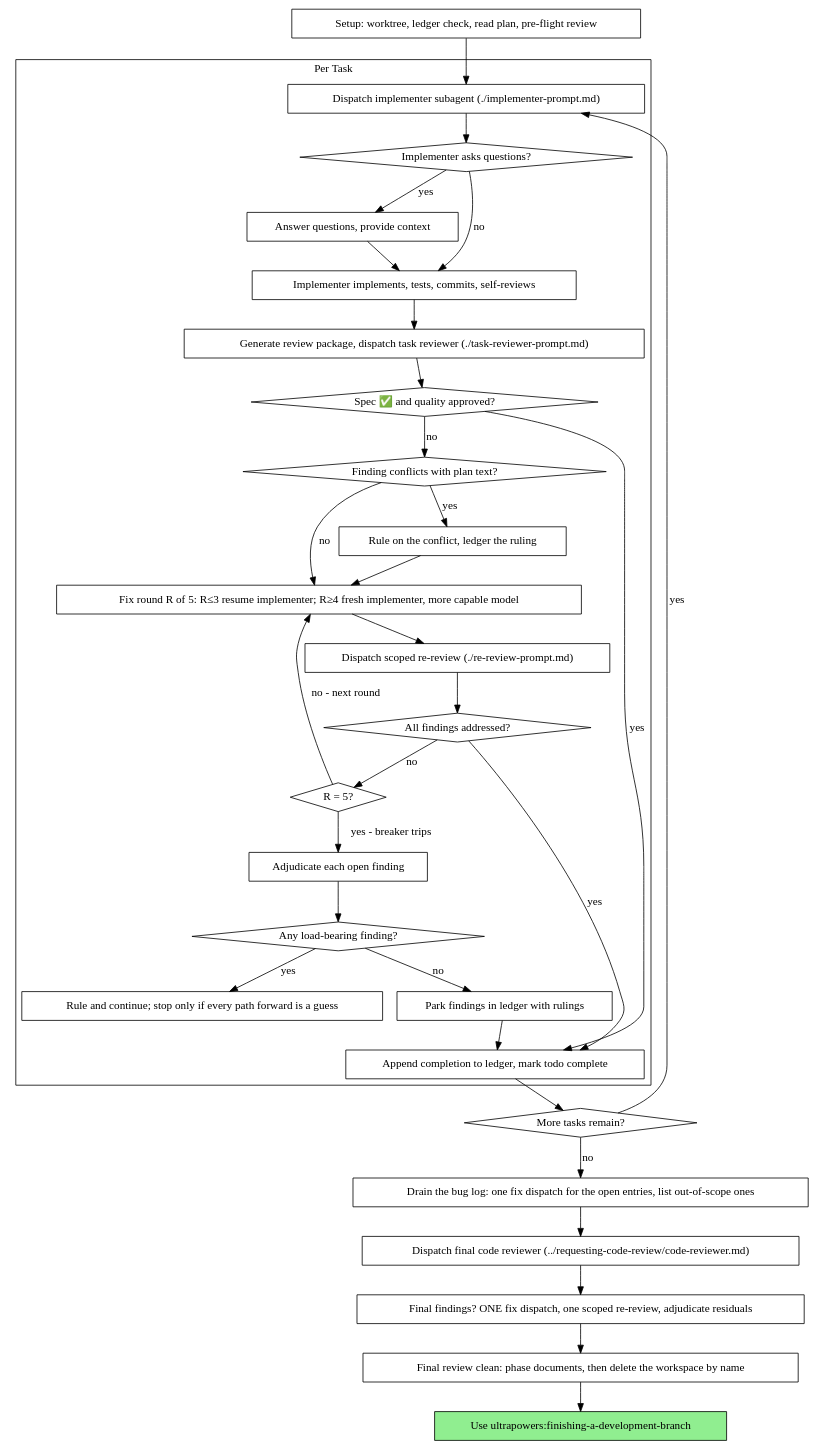
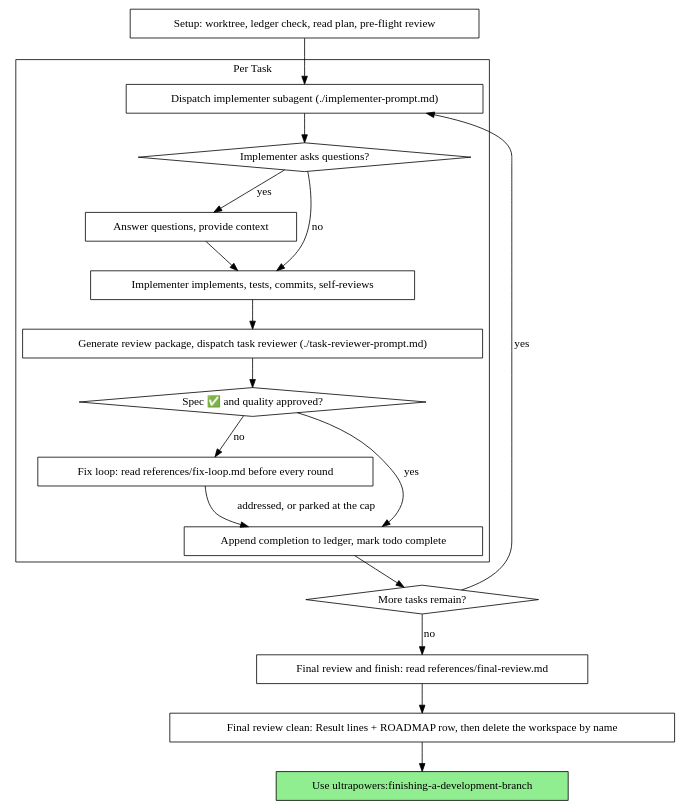
The second of 2 diagrams in plugins/ultrapowers/skills/subagent-driven-development/SKILL.md (axazolai/ultrapowers), drawn with Graphviz before and after one commit. The commit also changed other lines of this file and 38 other files, not shown here.

````diff
--- a/plugins/ultrapowers/skills/subagent-driven-development/SKILL.md
+++ b/plugins/ultrapowers/skills/subagent-driven-development/SKILL.md
@@ -78,64 +61,39 @@
 ```dot
 digraph process {
     rankdir=TB;
 
     subgraph cluster_per_task {
         label="Per Task";
         "Dispatch implementer subagent (./implementer-prompt.md)" [shape=box];
         "Implementer asks questions?" [shape=diamond];
         "Answer questions, provide context" [shape=box];
         "Implementer implements, tests, commits, self-reviews" [shape=box];
         "Generate review package, dispatch task reviewer (./task-reviewer-prompt.md)" [shape=box];
         "Spec ✅ and quality approved?" [shape=diamond];
-        "Finding conflicts with plan text?" [shape=diamond];
-        "Rule on the conflict, ledger the ruling" [shape=box];
-        "Fix round R of 5: R≤3 resume implementer; R≥4 fresh implementer, more capable model" [shape=box];
-        "Dispatch scoped re-review (./re-review-prompt.md)" [shape=box];
-        "All findings addressed?" [shape=diamond];
-        "R = 5?" [shape=diamond];
-        "Adjudicate each open finding" [shape=box];
-        "Any load-bearing finding?" [shape=diamond];
-        "Rule and continue; stop only if every path forward is a guess" [shape=box];
-        "Park findings in ledger with rulings" [shape=box];
+        "Fix loop: read references/fix-loop.md before every round" [shape=box];
         "Append completion to ledger, mark todo complete" [shape=box];
     }
 
     "Setup: worktree, ledger check, read plan, pre-flight review" [shape=box];
     "More tasks remain?" [shape=diamond];
-    "Drain the bug log: one fix dispatch for the open entries, list out-of-scope ones" [shape=box];
-    "Dispatch final code reviewer (../requesting-code-review/code-reviewer.md)" [shape=box];
-    "Final findings? ONE fix dispatch, one scoped re-review, adjudicate residuals" [shape=box];
-    "Final review clean: phase documents, then delete the workspace by name" [shape=box];
+    "Final review and finish: read references/final-review.md" [shape=box];
+    "Final review clean: Result lines + ROADMAP row, then delete the workspace by name" [shape=box];
     "Use ultrapowers:finishing-a-development-branch" [shape=box style=filled fillcolor=lightgreen];
 
     "Setup: worktree, ledger check, read plan, pre-flight review" -> "Dispatch implementer subagent (./implementer-prompt.md)";
     "Dispatch implementer subagent (./implementer-prompt.md)" -> "Implementer asks questions?";
     "Implementer asks questions?" -> "Answer questions, provide context" [label="yes"];
     "Answer questions, provide context" -> "Implementer implements, tests, commits, self-reviews";
     "Implementer asks questions?" -> "Implementer implements, tests, commits, self-reviews" [label="no"];
     "Implementer implements, tests, commits, self-reviews" -> "Generate review package, dispatch task reviewer (./task-reviewer-prompt.md)";
     "Generate review package, dispatch task reviewer (./task-reviewer-prompt.md)" -> "Spec ✅ and quality approved?";
     "Spec ✅ and quality approved?" -> "Append completion to ledger, mark todo complete" [label="yes"];
-    "Spec ✅ and quality approved?" -> "Finding conflicts with plan text?" [label="no"];
-    "Finding conflicts with plan text?" -> "Rule on the conflict, ledger the ruling" [label="yes"];
-    "Rule on the conflict, ledger the ruling" -> "Fix round R of 5: R≤3 resume implementer; R≥4 fresh implementer, more capable model";
-    "Finding conflicts with plan text?" -> "Fix round R of 5: R≤3 resume implementer; R≥4 fresh implementer, more capable model" [label="no"];
-    "Fix round R of 5: R≤3 resume implementer; R≥4 fresh implementer, more capable model" -> "Dispatch scoped re-review (./re-review-prompt.md)";
-    "Dispatch scoped re-review (./re-review-prompt.md)" -> "All findings addressed?";
-    "All findings addressed?" -> "Append completion to ledger, mark todo complete" [label="yes"];
-    "All findings addressed?" -> "R = 5?" [label="no"];
-    "R = 5?" -> "Fix round R of 5: R≤3 resume implementer; R≥4 fresh implementer, more capable model" [label="no - next round"];
-    "R = 5?" -> "Adjudicate each open finding" [label="yes - breaker trips"];
-    "Adjudicate each open finding" -> "Any load-bearing finding?";
-    "Any load-bearing finding?" -> "Rule and continue; stop only if every path forward is a guess" [label="yes"];
-    "Any load-bearing finding?" -> "Park findings in ledger with rulings" [label="no"];
-    "Park findings in ledger with rulings" -> "Append completion to ledger, mark todo complete";
+    "Spec ✅ and quality approved?" -> "Fix loop: read references/fix-loop.md before every round" [label="no"];
+    "Fix loop: read references/fix-loop.md before every round" -> "Append completion to ledger, mark todo complete" [label="addressed, or parked at the cap"];
     "Append completion to ledger, mark todo complete" -> "More tasks remain?";
     "More tasks remain?" -> "Dispatch implementer subagent (./implementer-prompt.md)" [label="yes"];
-    "More tasks remain?" -> "Drain the bug log: one fix dispatch for the open entries, list out-of-scope ones" [label="no"];
-    "Drain the bug log: one fix dispatch for the open entries, list out-of-scope ones" -> "Dispatch final code reviewer (../requesting-code-review/code-reviewer.md)";
-    "Dispatch final code reviewer (../requesting-code-review/code-reviewer.md)" -> "Final findings? ONE fix dispatch, one scoped re-review, adjudicate residuals";
-    "Final findings? ONE fix dispatch, one scoped re-review, adjudicate residuals" -> "Final review clean: phase documents, then delete the workspace by name";
-    "Final review clean: phase documents, then delete the workspace by name" -> "Use ultrapowers:finishing-a-development-branch";
+    "More tasks remain?" -> "Final review and finish: read references/final-review.md" [label="no"];
+    "Final review and finish: read references/final-review.md" -> "Final review clean: Result lines + ROADMAP row, then delete the workspace by name";
+    "Final review clean: Result lines + ROADMAP row, then delete the workspace by name" -> "Use ultrapowers:finishing-a-development-branch";
 }
 ```
````
